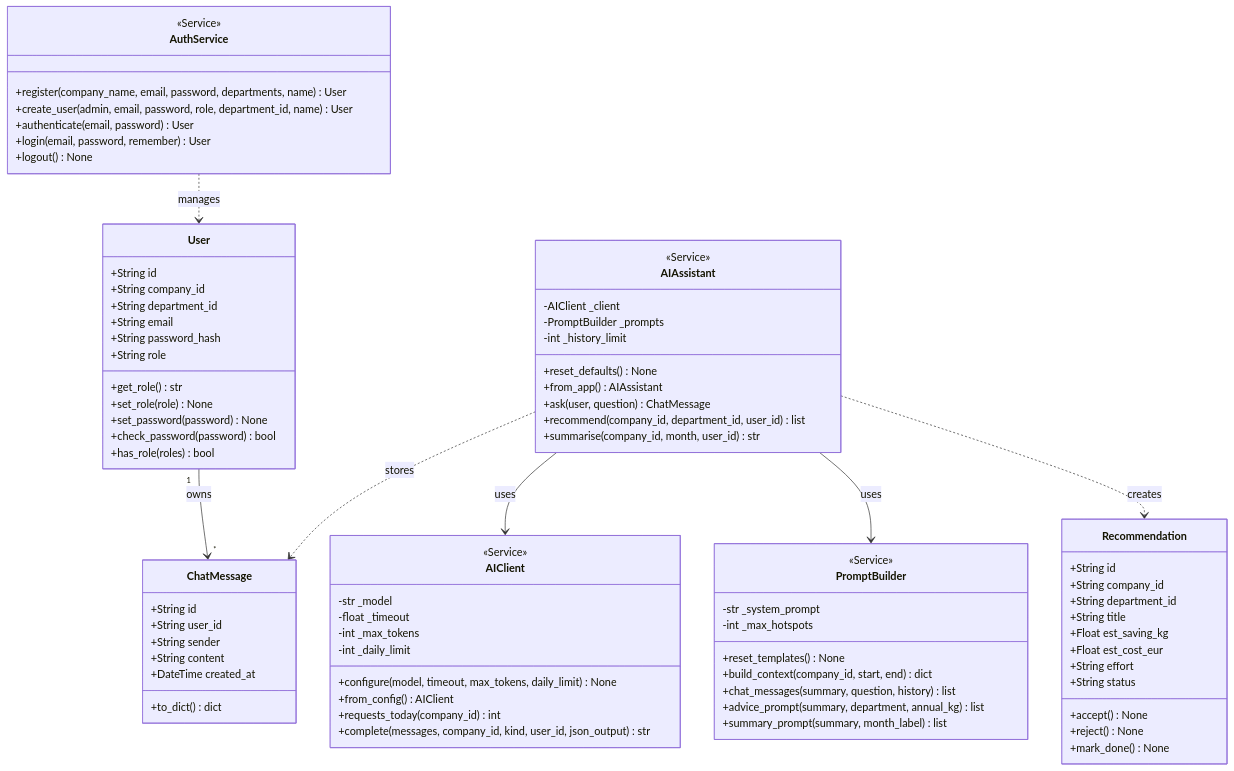
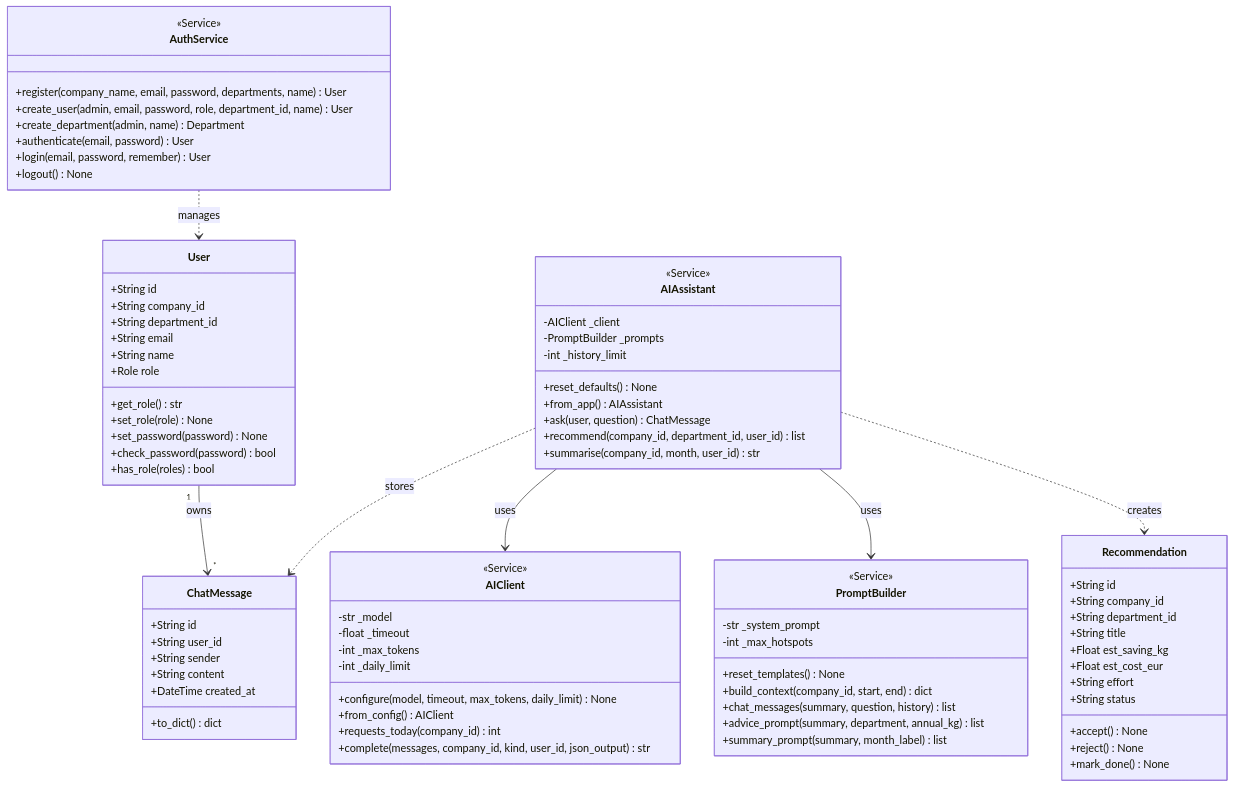
Before and after one commit to M-AA-B/CPC-Python-Capstone-Project: the third of 4 diagrams in README.md, drawn with Mermaid. The commit also changed other lines of this file and 17 other files, not shown here.

```diff
--- a/README.md
+++ b/README.md
@@ -185,8 +197,8 @@
         +String company_id
         +String department_id
         +String email
-        +String password_hash
-        +String role
+        +String name
+        +Role role
         +get_role() str
         +set_role(role) None
         +set_password(password) None
@@ -221,6 +233,7 @@
         <<Service>>
         +register(company_name, email, password, departments, name) User
         +create_user(admin, email, password, role, department_id, name) User
+        +create_department(admin, name) Department
         +authenticate(email, password) User
         +login(email, password, remember) User
         +logout() None
```
